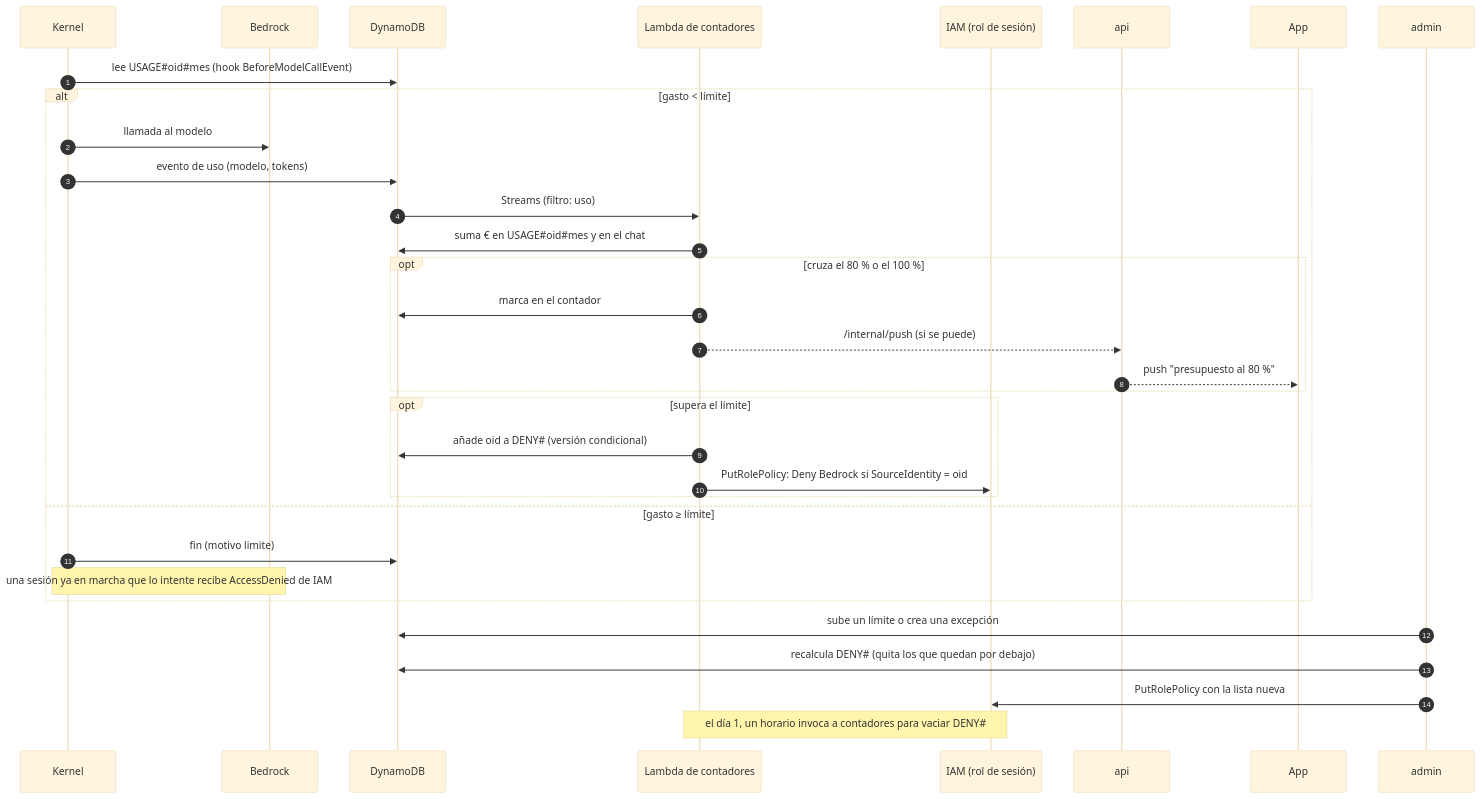
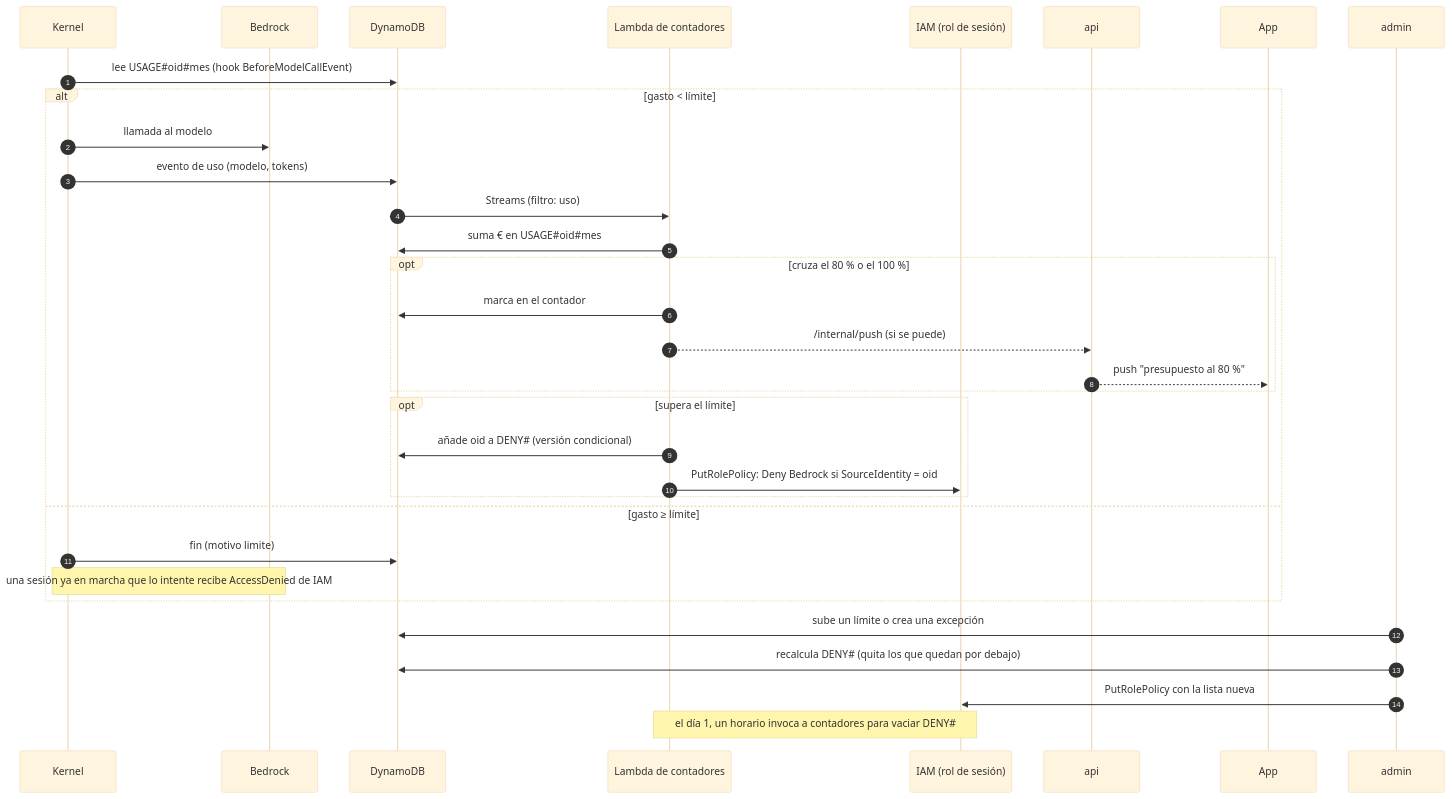
The sixth of 7 diagrams in docs/arquitectura-agentes.md (ikermendi/sample-agent-platform-with-agentcore), drawn with Mermaid (base theme) before and after one commit. The commit also changed other lines of this file, not shown here.

````diff
--- a/docs/arquitectura-agentes.md
+++ b/docs/arquitectura-agentes.md
@@ -837,36 +834,36 @@
 ```mermaid
 sequenceDiagram
   autonumber
   participant K as Kernel
   participant B as Bedrock
   participant D as DynamoDB
   participant C as Lambda de contadores
   participant IAM as IAM (rol de sesión)
   participant API as api
   participant App as App
   participant A as admin
 
   K->>D: lee USAGE#35;oid#35;mes (hook BeforeModelCallEvent)
   alt gasto < límite
     K->>B: llamada al modelo
     K->>D: evento de uso (modelo, tokens)
     D->>C: Streams (filtro: uso)
-    C->>D: suma € en USAGE#35;oid#35;mes y en el chat
+    C->>D: suma € en USAGE#35;oid#35;mes
     opt cruza el 80 % o el 100 %
       C->>D: marca en el contador
       C-->>API: /internal/push (si se puede)
       API-->>App: push "presupuesto al 80 %"
     end
     opt supera el límite
       C->>D: añade oid a DENY#35; (versión condicional)
       C->>IAM: PutRolePolicy: Deny Bedrock si SourceIdentity = oid
     end
   else gasto ≥ límite
     K->>D: fin (motivo limite)
     Note over K,B: una sesión ya en marcha que lo intente recibe AccessDenied de IAM
   end
   A->>D: sube un límite o crea una excepción
   A->>D: recalcula DENY#35; (quita los que quedan por debajo)
   A->>IAM: PutRolePolicy con la lista nueva
   Note over C,IAM: el día 1, un horario invoca a contadores para vaciar DENY#35;
 ```
````
